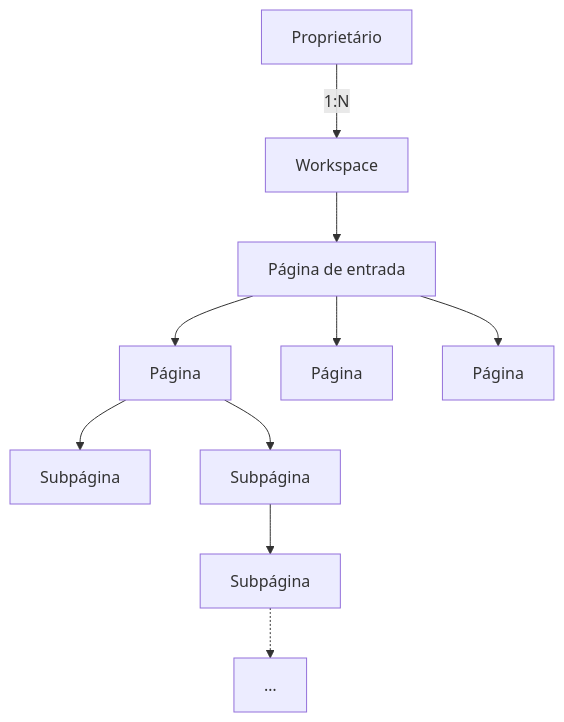
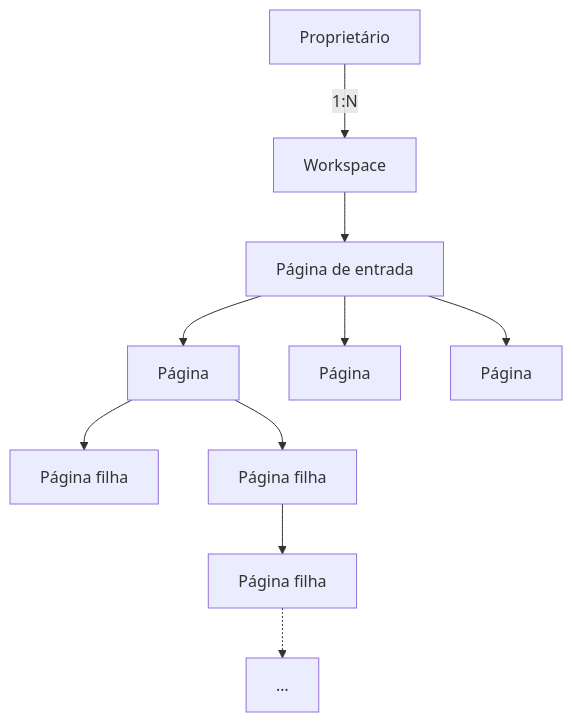
One commit to imheldermartins/atom-docs changed the second of 3 diagrams in slides.md. Above: the diagram before and after it, drawn with Mermaid.

Commit message:
Rename child pages in ATOM diagram

````diff
--- a/slides.md
+++ b/slides.md
@@ -563,12 +563,12 @@
 ```mermaid
 flowchart TB
     O["Proprietário"] -->|"1:N"| W["Workspace"]
     W --> R["Página de entrada"]
     R --> A["Página"]
     R --> B["Página"]
     R --> C["Página"]
-    A --> D["Subpágina"]
-    A --> E["Subpágina"]
-    E --> F["Subpágina"]
+    A --> D["Página filha"]
+    A --> E["Página filha"]
+    E --> F["Página filha"]
     F -.-> G["…"]
 ```
````
